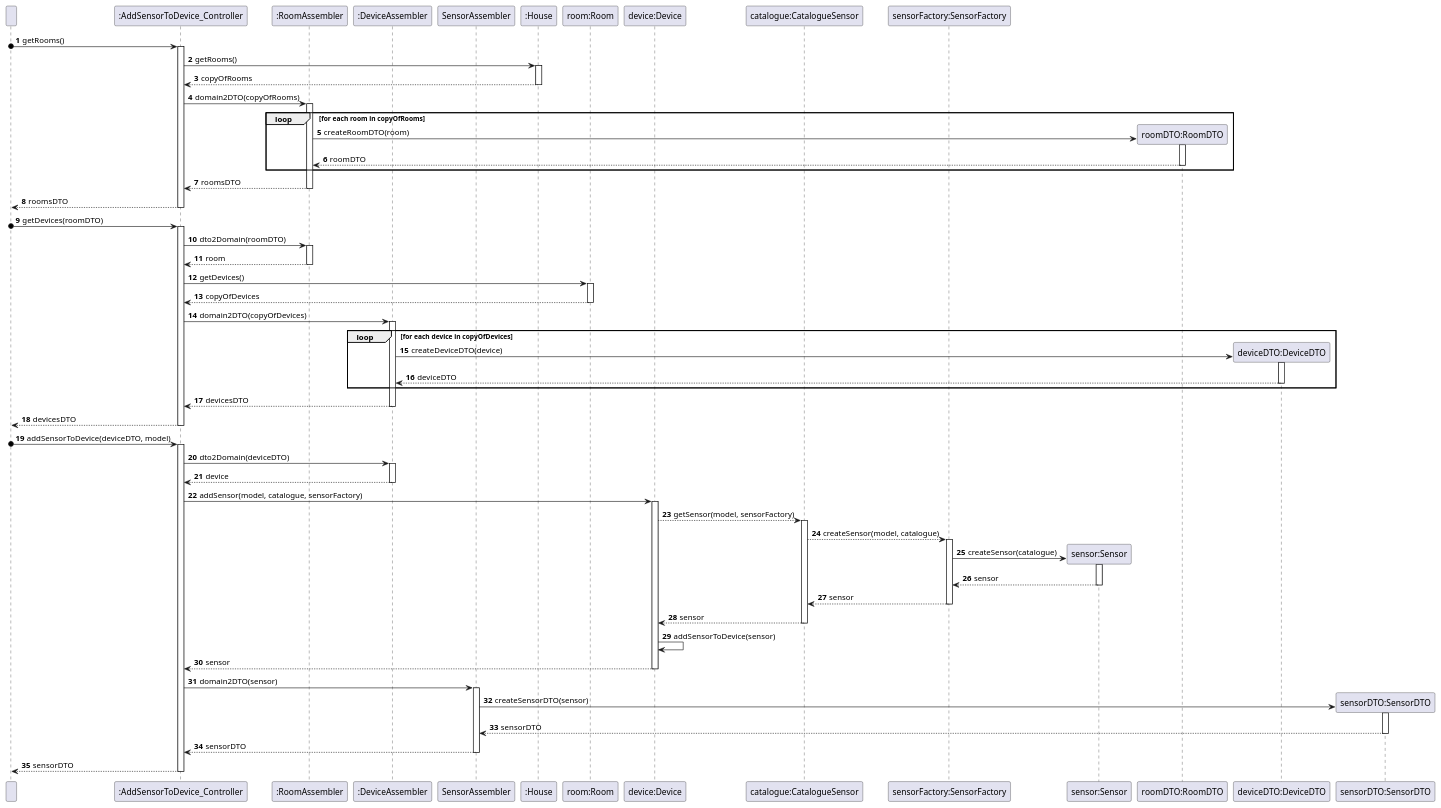
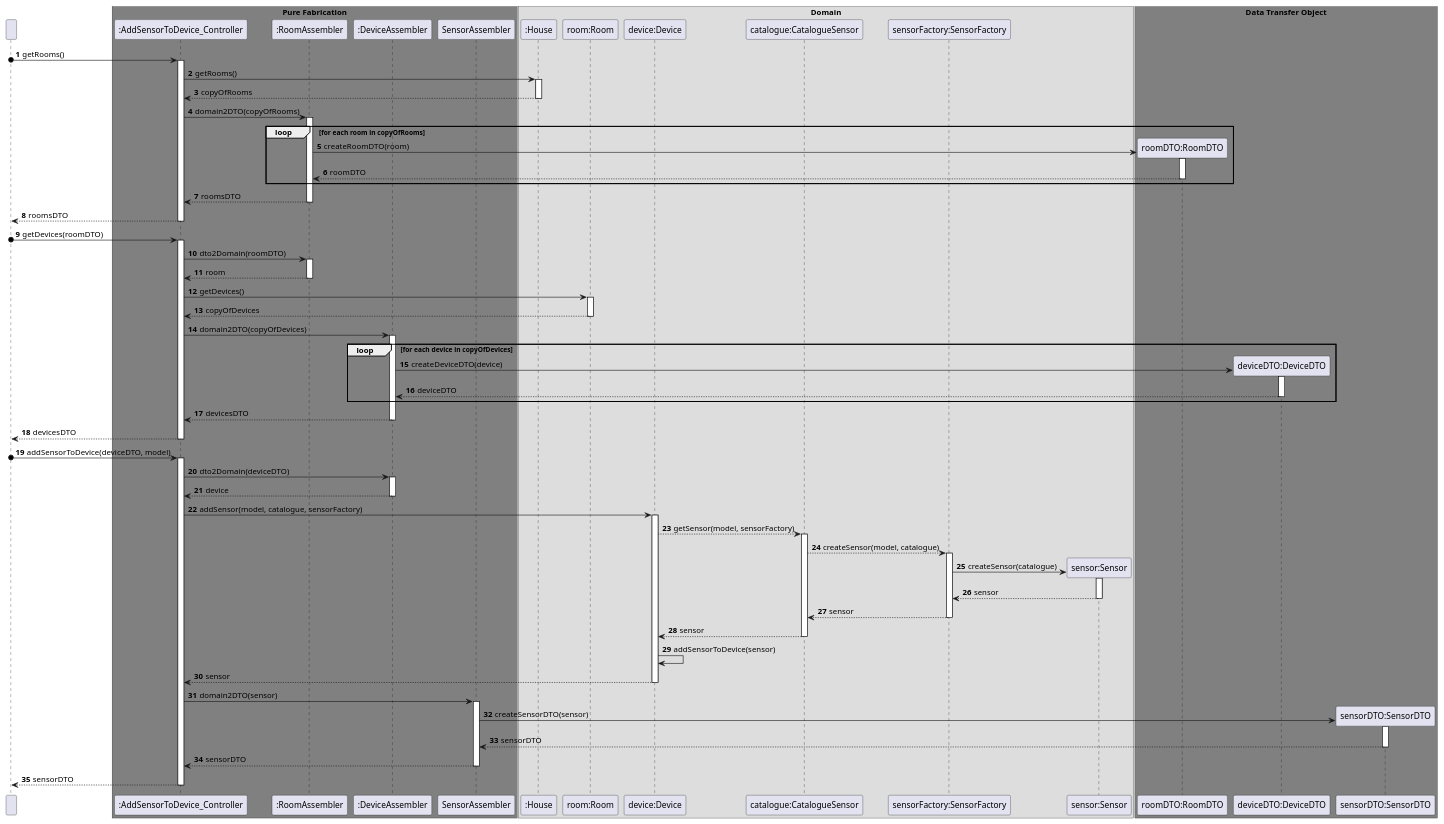
Before and after one commit to olivDiogo/SmartHome: the diagram in docs/ood/SequenceDiagram/US07AddSensorToDevice.puml, drawn with PlantUML. The commit also changed 1 other file, not shown here.

Commit message:
Update class diagram US7 and US12

```diff
--- a/docs/ood/SequenceDiagram/US07AddSensorToDevice.puml
+++ b/docs/ood/SequenceDiagram/US07AddSensorToDevice.puml
@@ -1,185 +1,195 @@
 @startuml
 'https://plantuml.com/sequence-diagram
 
 participant " " as User
+
+box "Pure Fabrication" #grey
 
 participant ":AddSensorToDevice_Controller" as AddSensorToDevice_Controller
 
 participant ":RoomAssembler" as RoomAssembler
 
 participant ":DeviceAssembler" as DeviceAssembler
 
 participant "SensorAssembler" as SensorAssembler
+
+end box
+
+box "Domain"
 
 participant ":House" as House
 
 participant "room:Room" as Room
 
 participant "device:Device" as Device
 
 participant "catalogue:CatalogueSensor" as CatalogueSensor
 
 participant "sensorFactory:SensorFactory" as SensorFactory
 
 participant "sensor:Sensor" as Sensor
+
+end box
+
+box "Data Transfer Object" #grey
 
 participant "roomDTO:RoomDTO" as RoomDTO
 
 participant "deviceDTO:DeviceDTO" as DeviceDTO
 
 participant "sensorDTO:SensorDTO" as SensorDTO
 
 autonumber
 
 '----------------------------------------------------'
 
 User o-> AddSensorToDevice_Controller: getRooms()
 
 activate AddSensorToDevice_Controller
 
 AddSensorToDevice_Controller -> House: getRooms()
 
 activate House
 
 House --> AddSensorToDevice_Controller: copyOfRooms
 
 deactivate House
 
 AddSensorToDevice_Controller -> RoomAssembler: domain2DTO(copyOfRooms)
 
 activate RoomAssembler
 
 loop for each room in copyOfRooms
 
 create RoomDTO
     RoomAssembler -> RoomDTO: createRoomDTO(room)
     activate RoomDTO
     RoomDTO --> RoomAssembler: roomDTO
     deactivate RoomDTO
 end
 
 RoomAssembler --> AddSensorToDevice_Controller: roomsDTO
 
 deactivate RoomAssembler
 
 AddSensorToDevice_Controller --> User: roomsDTO
 
 deactivate AddSensorToDevice_Controller
 
 '----------------------------------------------------'
 
 User o-> AddSensorToDevice_Controller: getDevices(roomDTO)
 
 activate AddSensorToDevice_Controller
 
 AddSensorToDevice_Controller -> RoomAssembler: dto2Domain(roomDTO)
 
 activate RoomAssembler
 
 RoomAssembler --> AddSensorToDevice_Controller: room
 
 deactivate RoomAssembler
 
 AddSensorToDevice_Controller -> Room: getDevices()
 
 activate Room
 
 Room --> AddSensorToDevice_Controller: copyOfDevices
 
 deactivate Room
 
 AddSensorToDevice_Controller -> DeviceAssembler: domain2DTO(copyOfDevices)
 
 activate DeviceAssembler
 
 loop for each device in copyOfDevices
 
 create DeviceDTO
     DeviceAssembler -> DeviceDTO: createDeviceDTO(device)
     activate DeviceDTO
     DeviceDTO --> DeviceAssembler: deviceDTO
     deactivate DeviceDTO
 end
 
 DeviceAssembler --> AddSensorToDevice_Controller: devicesDTO
 
 deactivate DeviceAssembler
 
 AddSensorToDevice_Controller --> User: devicesDTO
 
 deactivate AddSensorToDevice_Controller
 
 '----------------------------------------------------'
 
 User o-> AddSensorToDevice_Controller: addSensorToDevice(deviceDTO, model)
 
 activate AddSensorToDevice_Controller
 
 AddSensorToDevice_Controller -> DeviceAssembler: dto2Domain(deviceDTO)
 
 activate DeviceAssembler
 
 DeviceAssembler --> AddSensorToDevice_Controller: device
 
 deactivate DeviceAssembler
 
 AddSensorToDevice_Controller -> Device: addSensor(model, catalogue, sensorFactory)
 
 activate Device
 
 Device --> CatalogueSensor: getSensor(model, sensorFactory)
 
 activate CatalogueSensor
 
 CatalogueSensor --> SensorFactory: createSensor(model, catalogue)
 
 activate SensorFactory
 
 create Sensor
 
 SensorFactory -> Sensor: createSensor(catalogue)
 
 activate Sensor
 
 Sensor --> SensorFactory: sensor
 
 deactivate Sensor
 
 SensorFactory --> CatalogueSensor: sensor
 
 deactivate SensorFactory
 
 CatalogueSensor --> Device: sensor
 
 deactivate CatalogueSensor
 
 Device -> Device: addSensorToDevice(sensor)
 
 Device --> AddSensorToDevice_Controller: sensor
 
 deactivate Device
 
 AddSensorToDevice_Controller -> SensorAssembler: domain2DTO(sensor)
 
 activate SensorAssembler
 
 create SensorDTO
 
 SensorAssembler -> SensorDTO: createSensorDTO(sensor)
 
 activate SensorDTO
 
 SensorDTO --> SensorAssembler: sensorDTO
 
 deactivate SensorDTO
 
 SensorAssembler --> AddSensorToDevice_Controller: sensorDTO
 
 deactivate SensorAssembler
 
 AddSensorToDevice_Controller --> User: sensorDTO
 
 deactivate AddSensorToDevice_Controller
 
 
 @enduml
```
